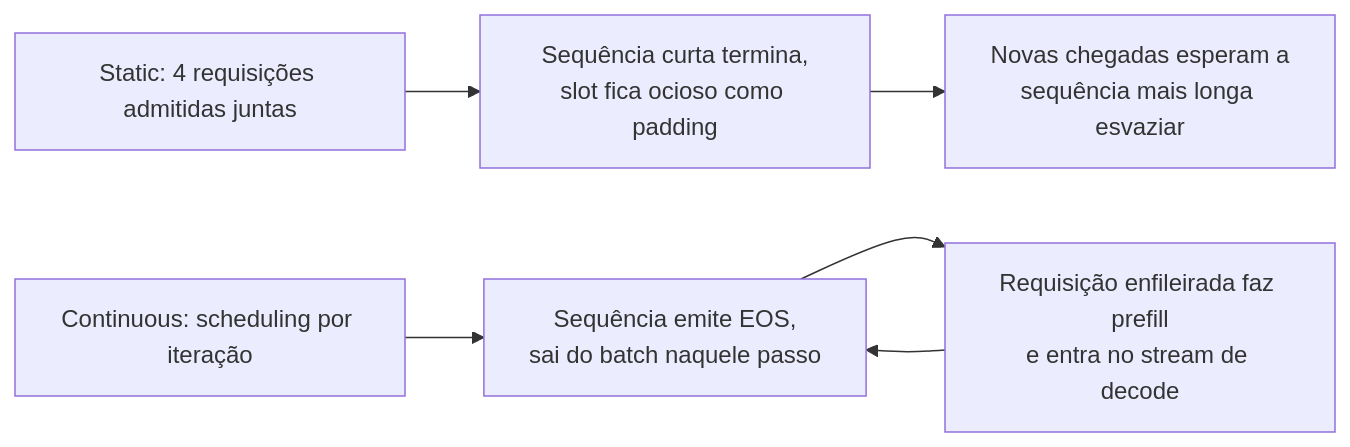
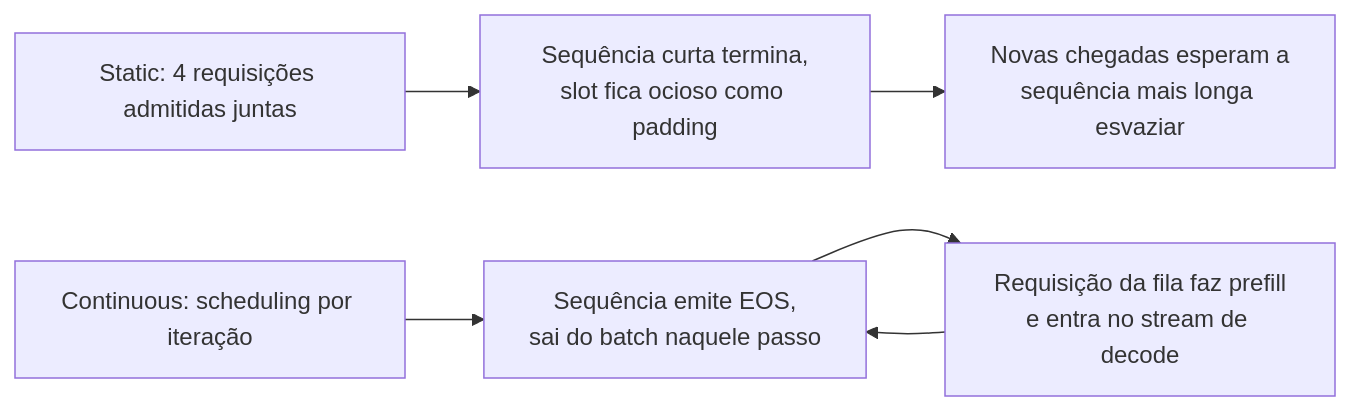
One commit to andrevberaldo/AI-Engineer-Interview-Questions changed the third of 28 diagrams in 08-inference-and-production/questions.pt-BR.md. Above: the diagram before and after it, drawn with Mermaid. The commit also changed other lines of this file and 1 other file, not shown here.

````diff
--- a/08-inference-and-production/questions.pt-BR.md
+++ b/08-inference-and-production/questions.pt-BR.md
@@ -207,8 +207,8 @@
 ```mermaid
 flowchart LR
     S1["Static: 4 requisições admitidas juntas"] --> S2["Sequência curta termina,<br/>slot fica ocioso como padding"]
     S2 --> S3["Novas chegadas esperam a<br/>sequência mais longa esvaziar"]
     C1["Continuous: scheduling por iteração"] --> C2["Sequência emite EOS,<br/>sai do batch naquele passo"]
-    C2 --> C3["Requisição enfileirada faz prefill<br/>e entra no stream de decode"]
+    C2 --> C3["Requisição da fila faz prefill<br/>e entra no stream de decode"]
     C3 --> C2
 ```
````
